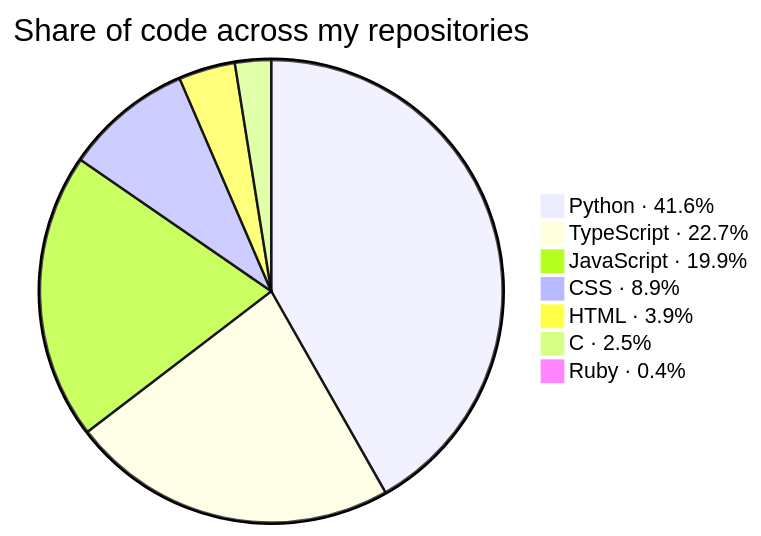
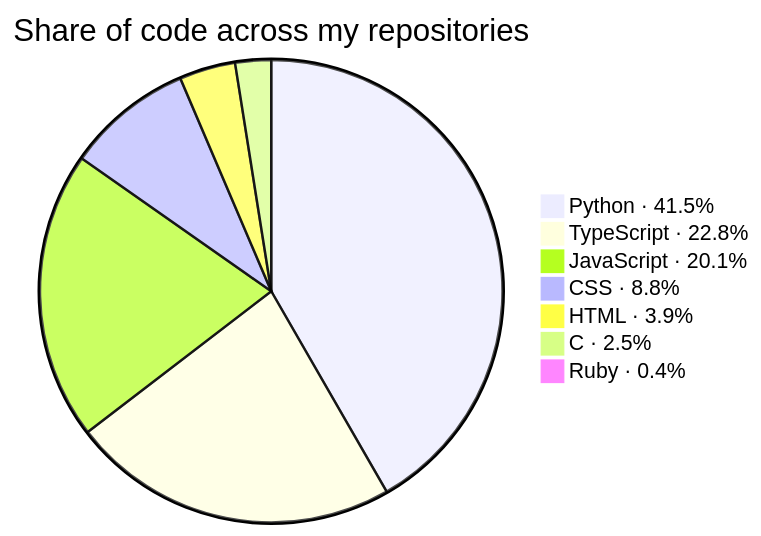
The second of 3 diagrams in README.md (KathFK1234/KathFK1234), drawn with Mermaid before and after one commit. The commit also changed other lines of this file and 4 other files, not shown here.

````diff
--- a/README.md
+++ b/README.md
@@ -109,11 +109,11 @@
 ```mermaid
 %%{init: {"themeVariables": {"pieSectionTextSize": "0px"}}}%%
 pie title Share of code across my repositories
-    "Python · 41.6%" : 1037.6
-    "TypeScript · 22.7%" : 566.8
-    "JavaScript · 19.9%" : 496.7
-    "CSS · 8.9%" : 221.6
+    "Python · 41.5%" : 1043.4
+    "TypeScript · 22.8%" : 573.2
+    "JavaScript · 20.1%" : 504.2
+    "CSS · 8.8%" : 221.4
     "HTML · 3.9%" : 98.1
     "C · 2.5%" : 62.7
     "Ruby · 0.4%" : 10.1
 ```
````
